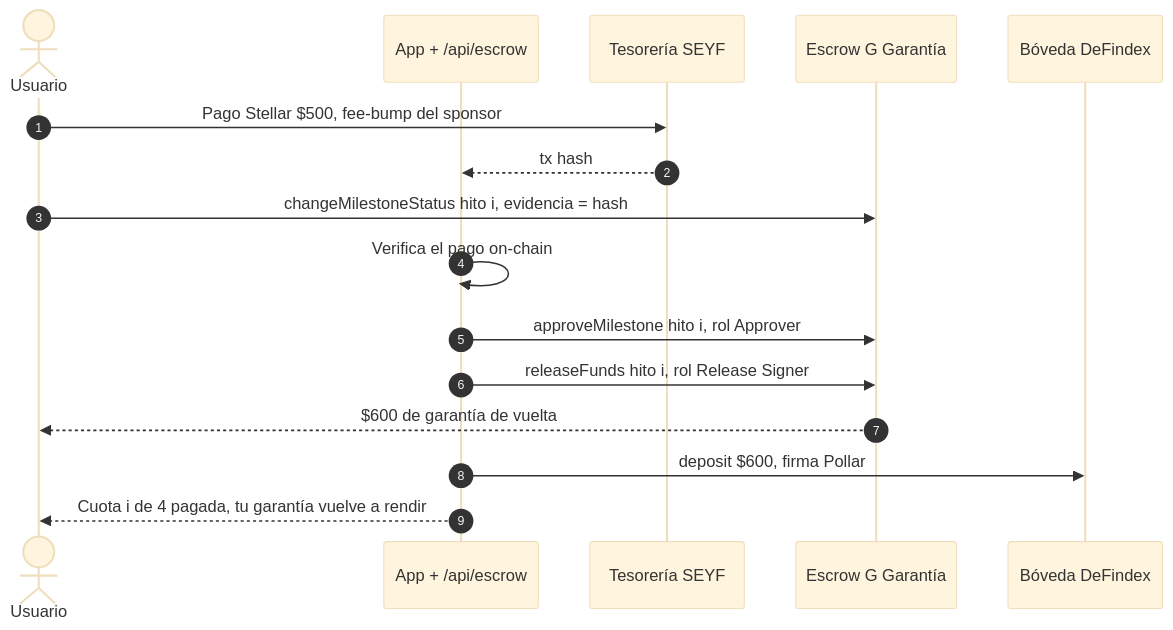
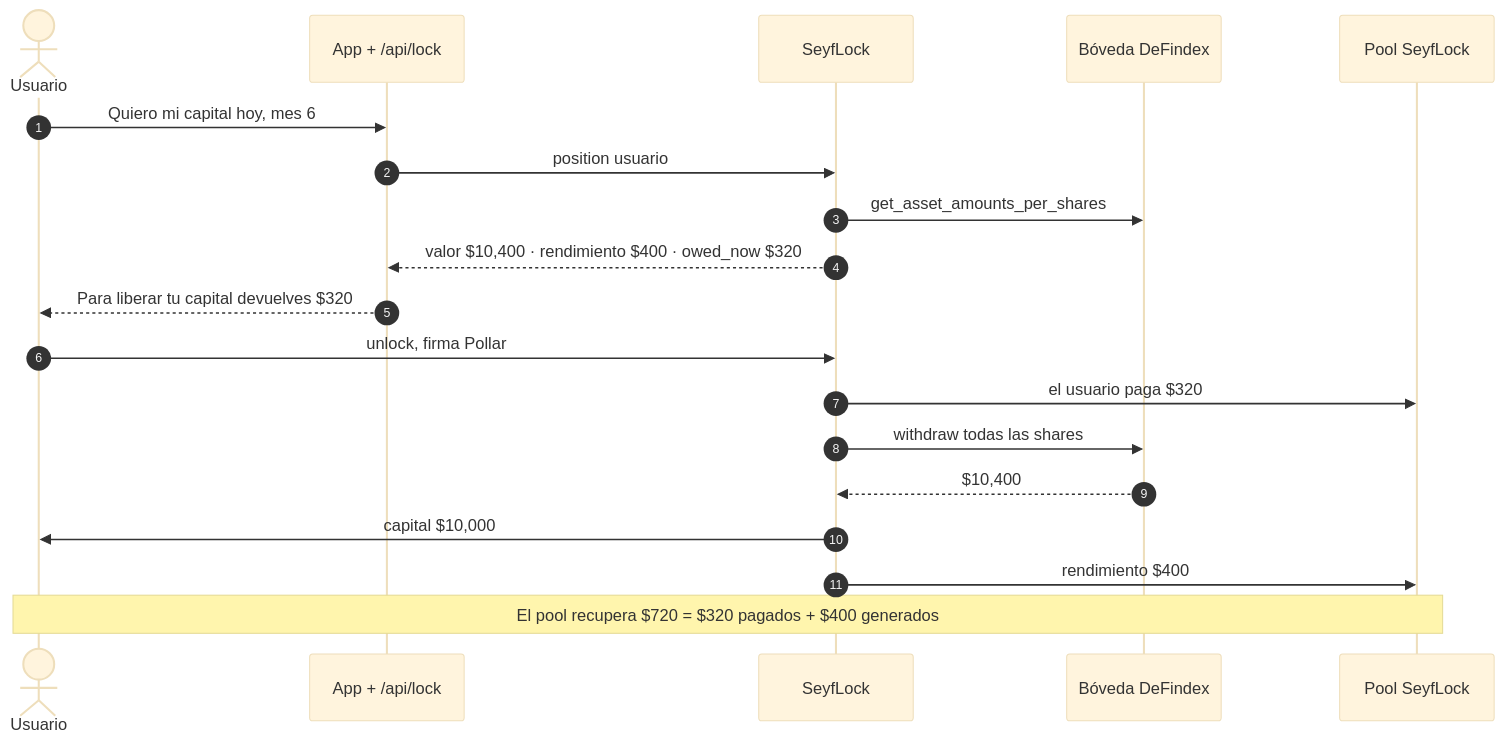
One commit to Seyfert-Labs/SEYF-P changed the fourth of 5 diagrams in docs/hackmeridian-plan.md. Above: the diagram before and after it, drawn with Mermaid (base theme). The commit also changed other lines of this file and 10 other files, not shown here.

First line of the commit message:
feat(seyf-lock): contrato Soroban de capital bloqueado + adelanto de rendimiento

````diff
--- a/docs/hackmeridian-plan.md
+++ b/docs/hackmeridian-plan.md
@@ -129,19 +124,22 @@
 ```mermaid
 sequenceDiagram
     autonumber
     actor U as Usuario
-    participant App as App + /api/escrow
-    participant T as Tesorería SEYF
-    participant G as Escrow G Garantía
+    participant App as App + /api/lock
+    participant L as SeyfLock
     participant DF as Bóveda DeFindex
+    participant P as Pool SeyfLock
 
-    U->>T: Pago Stellar $500, fee-bump del sponsor
-    T-->>App: tx hash
-    U->>G: changeMilestoneStatus hito i, evidencia = hash
-    App->>App: Verifica el pago on-chain
-    App->>G: approveMilestone hito i, rol Approver
-    App->>G: releaseFunds hito i, rol Release Signer
-    G-->>U: $600 de garantía de vuelta
-    App->>DF: deposit $600, firma Pollar
-    App-->>U: Cuota i de 4 pagada, tu garantía vuelve a rendir
+    U->>App: Quiero mi capital hoy, mes 6
+    App->>L: position usuario
+    L->>DF: get_asset_amounts_per_shares
+    L-->>App: valor $10,400 · rendimiento $400 · owed_now $320
+    App-->>U: Para liberar tu capital devuelves $320
+    U->>L: unlock, firma Pollar
+    L->>P: el usuario paga $320
+    L->>DF: withdraw todas las shares
+    DF-->>L: $10,400
+    L->>U: capital $10,000
+    L->>P: rendimiento $400
+    Note over U,P: El pool recupera $720 = $320 pagados + $400 generados
 ```
````
